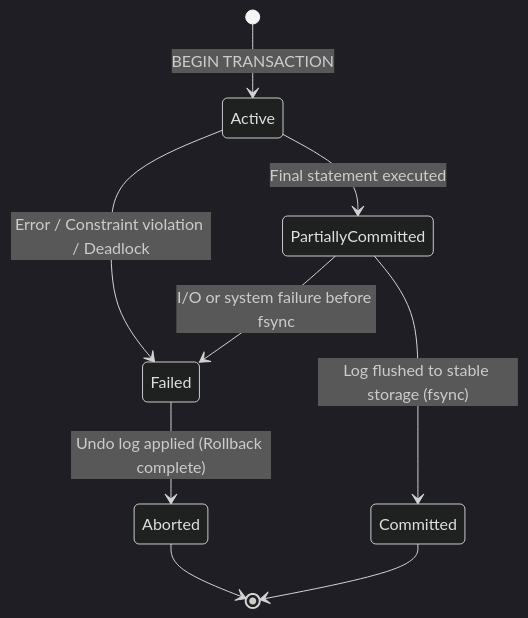
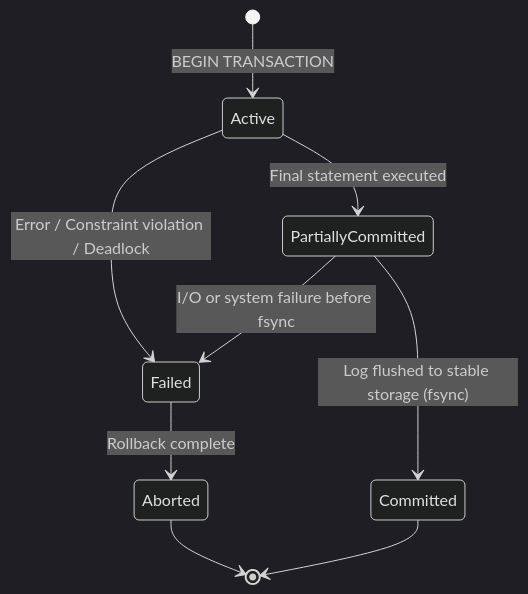
Before and after one commit to Prem-Duvvapu/cs-fundamentals-with-ui: the first of 5 diagrams in content/dbms/06-transactions-acid.md, drawn with Mermaid (dark theme). The commit also changed other lines of this file and 18 other files, not shown here.

````diff
--- a/content/dbms/06-transactions-acid.md
+++ b/content/dbms/06-transactions-acid.md
@@ -37,11 +43,11 @@
 ```mermaid
 stateDiagram-v2
     [*] --> Active: BEGIN TRANSACTION
     Active --> PartiallyCommitted: Final statement executed
     Active --> Failed: Error / Constraint violation / Deadlock
     PartiallyCommitted --> Committed: Log flushed to stable storage (fsync)
     PartiallyCommitted --> Failed: I/O or system failure before fsync
-    Failed --> Aborted: Undo log applied (Rollback complete)
+    Failed --> Aborted: Rollback complete
     Aborted --> [*]
     Committed --> [*]
 ```
````
